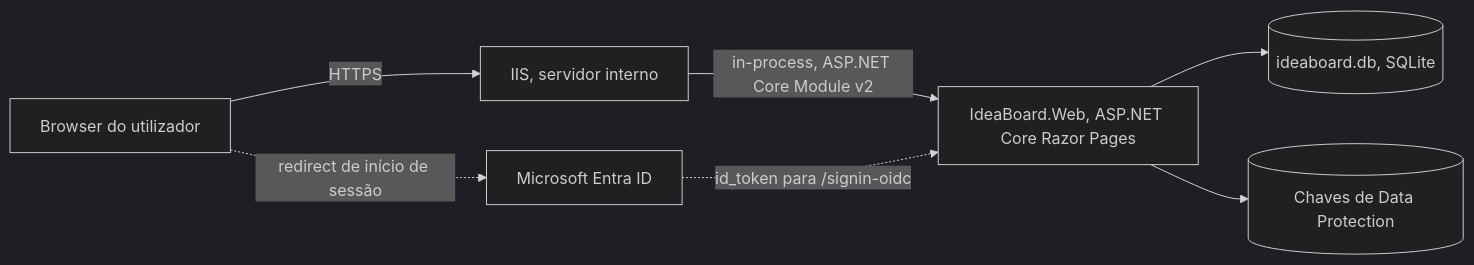
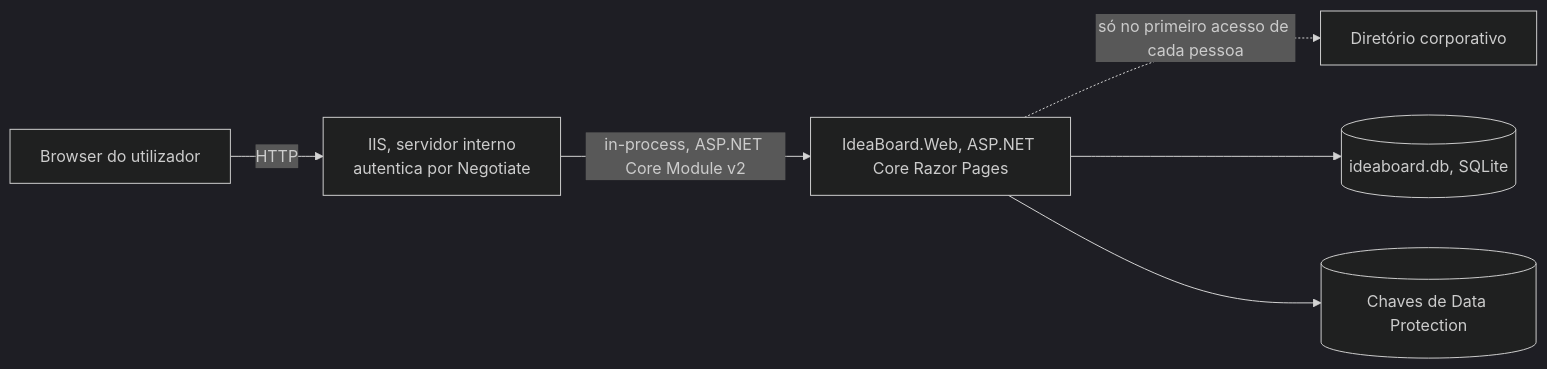
Before and after one commit to Kail-the-akuma/AI_Exercise: the first of 2 diagrams in Docs/01-Arquitetura.md, drawn with Mermaid (dark theme). The commit also changed other lines of this file and 3 other files, not shown here.

````diff
--- a/Docs/01-Arquitetura.md
+++ b/Docs/01-Arquitetura.md
@@ -21,16 +21,15 @@
 ```mermaid
 flowchart LR
     browser["Browser do utilizador"]
-    entra["Microsoft Entra ID"]
-    iis["IIS, servidor interno"]
+    iis["IIS, servidor interno<br/>autentica por Negotiate"]
     app["IdeaBoard.Web, ASP.NET Core Razor Pages"]
+    dir["Diretório corporativo"]
     db[("ideaboard.db, SQLite")]
     keys[("Chaves de Data Protection")]
 
-    browser -->|HTTPS| iis
+    browser -->|HTTP| iis
     iis -->|in-process, ASP.NET Core Module v2| app
-    browser -.->|redirect de início de sessão| entra
-    entra -.->|id_token para /signin-oidc| app
+    app -.->|só no primeiro acesso de cada pessoa| dir
     app --> db
     app --> keys
 ```
````
